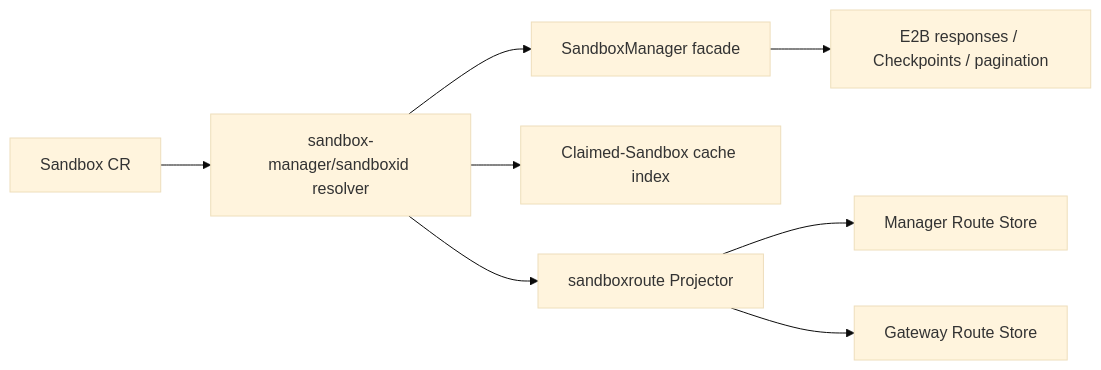
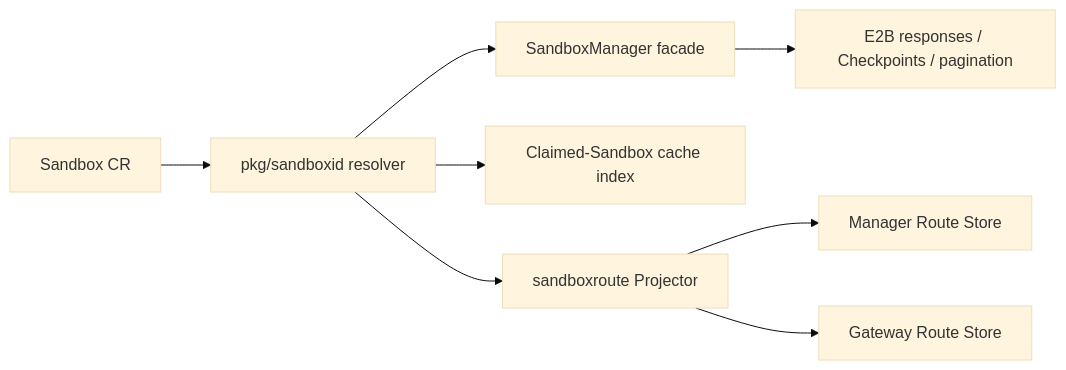
One commit to openkruise/agents changed the third of 3 diagrams in docs/proposals/20260711-short-sandbox-id.md. Above: the diagram before and after it, drawn with Mermaid (base theme). The commit also changed other lines of this file and 23 other files, not shown here.

First line of the commit message:
refactor(sandbox-manager): move sandboxid package to top-level and adjust route handling

````diff
--- a/docs/proposals/20260711-short-sandbox-id.md
+++ b/docs/proposals/20260711-short-sandbox-id.md
@@ -267,10 +267,10 @@
 ```mermaid
 flowchart LR
-    S[Sandbox CR] --> R[sandbox-manager/sandboxid resolver]
+    S[Sandbox CR] --> R[pkg/sandboxid resolver]
     R --> M[SandboxManager facade]
     R --> C[Claimed-Sandbox cache index]
     R --> P[sandboxroute Projector]
     M --> E[E2B responses / Checkpoints / pagination]
     P --> MS[Manager Route Store]
     P --> GS[Gateway Route Store]
 ```
````
